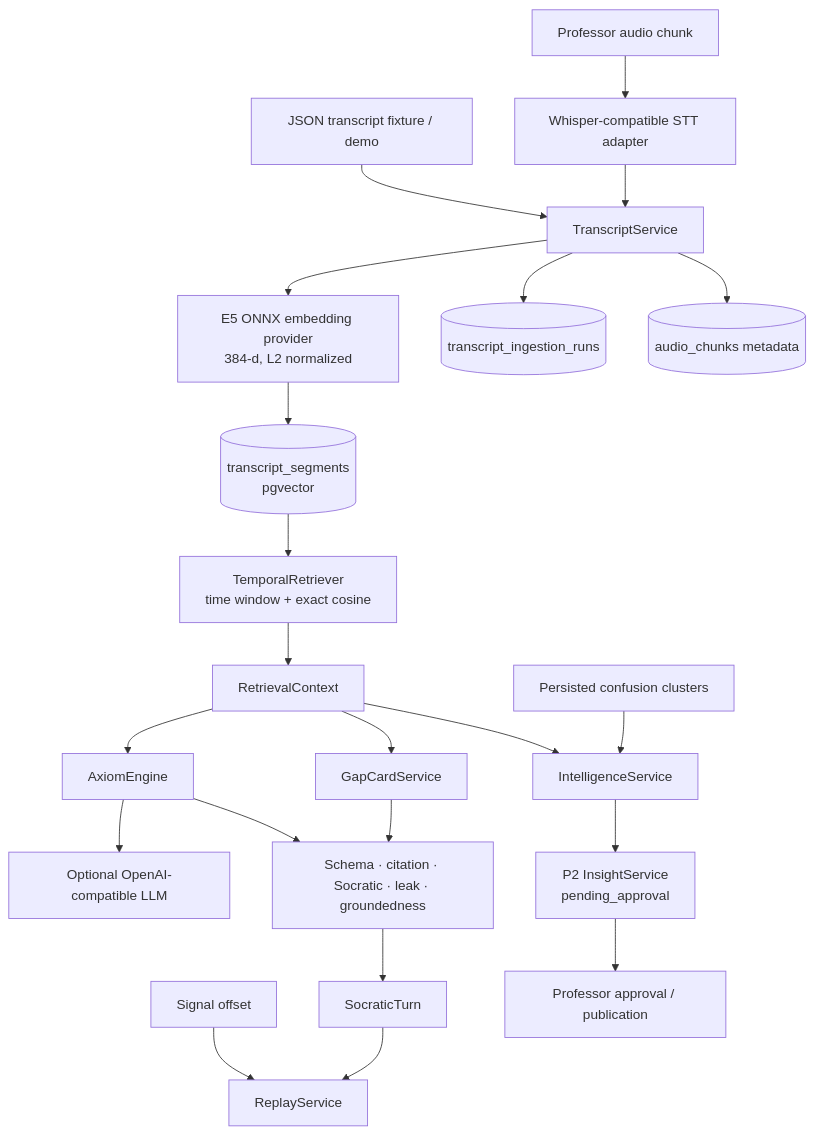
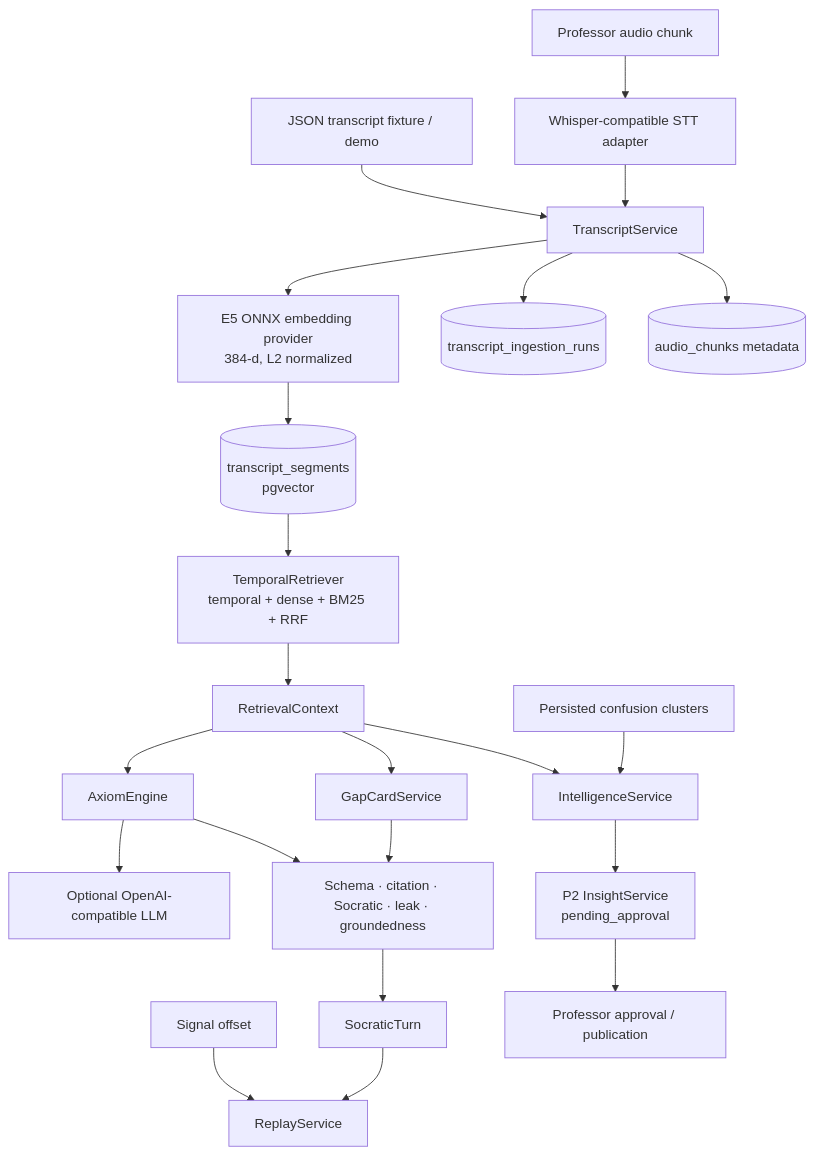
The diagram in docs/AXIOM_ARCHITECTURE.md (Nurzhigittt/project-darisai), drawn with Mermaid before and after one commit. The commit also changed other lines of this file and 39 other files, not shown here.

````diff
--- a/docs/AXIOM_ARCHITECTURE.md
+++ b/docs/AXIOM_ARCHITECTURE.md
@@ -9,27 +9,27 @@
 ```mermaid
 flowchart TB
   Fixture["JSON transcript fixture / demo"] --> Ingest[TranscriptService]
   Audio["Professor audio chunk"] --> STT["Whisper-compatible STT adapter"]
   STT --> Ingest
   Ingest --> Embed["E5 ONNX embedding provider<br/>384-d, L2 normalized"]
   Embed --> PG[("transcript_segments<br/>pgvector")]
   Ingest --> Runs[("transcript_ingestion_runs")]
   Ingest --> Chunks[("audio_chunks metadata")]
 
   Signal["Signal offset"] --> Replay[ReplayService]
-  PG --> Retriever["TemporalRetriever<br/>time window + exact cosine"]
+  PG --> Retriever["TemporalRetriever<br/>temporal + dense + BM25 + RRF"]
   Retriever --> Context[RetrievalContext]
   Context --> Engine["AxiomEngine"]
   Engine --> LLM["Optional OpenAI-compatible LLM"]
   Engine --> Guard["Schema · citation · Socratic · leak · groundedness"]
   Guard --> Turn["SocraticTurn"]
   Turn --> Replay
 
   Context --> Cards["GapCardService"]
   Cards --> Guard
 
   Cluster["Persisted confusion clusters"] --> Intel["IntelligenceService"]
   Context --> Intel
   Intel --> P2["P2 InsightService<br/>pending_approval"]
   P2 --> Approval["Professor approval / publication"]
 ```
````
